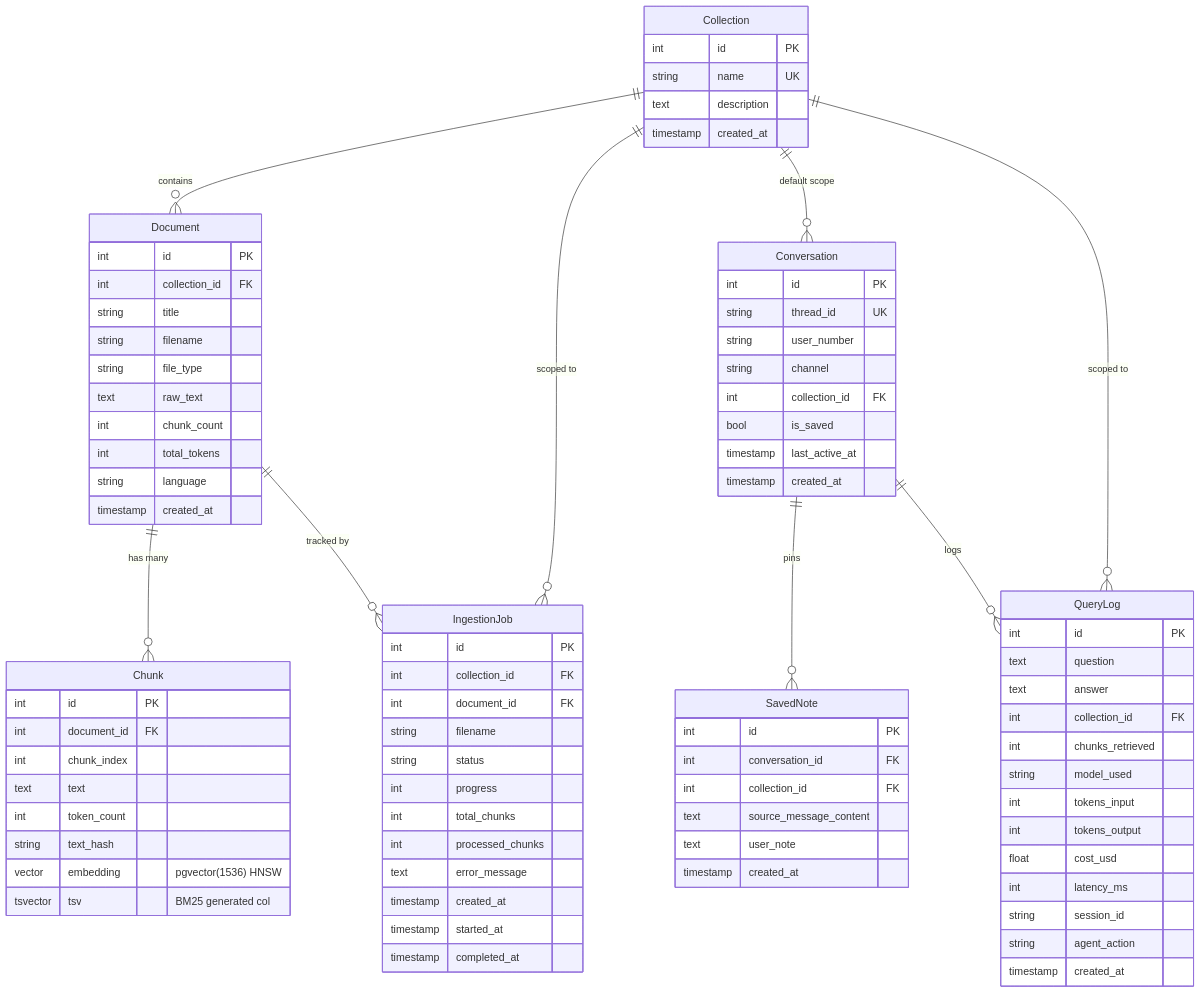
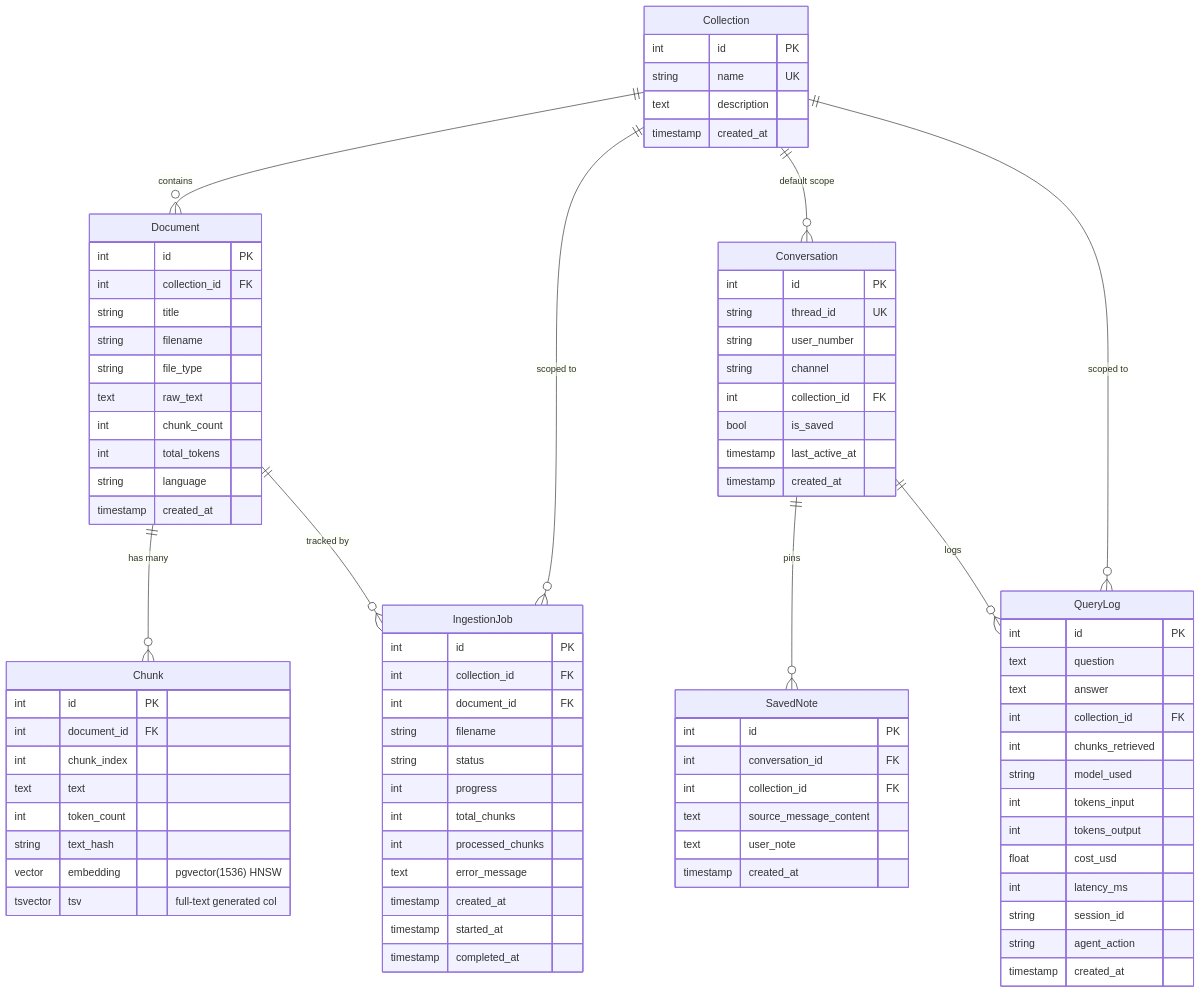
One commit to FrancoCazal/WhisperDocs changed the fourth of 4 diagrams in ARCHITECTURE.md. Above: the diagram before and after it, drawn with Mermaid. The commit also changed other lines of this file and 28 other files, not shown here.

```diff
--- a/ARCHITECTURE.md
+++ b/ARCHITECTURE.md
@@ -220,7 +220,7 @@
     int token_count
     string text_hash
     vector embedding "pgvector(1536) HNSW"
-    tsvector tsv "BM25 generated col"
+    tsvector tsv "full-text generated col"
   }
 
   IngestionJob {
```
